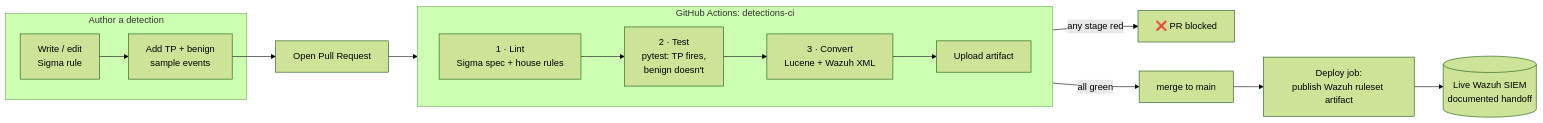
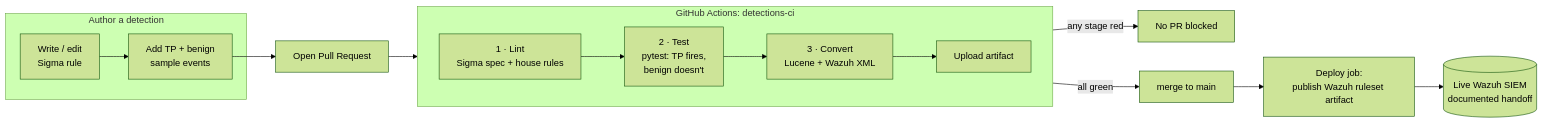
One commit to manlikefelo/detection-as-code changed the diagram in README.md. Above: the diagram before and after it, drawn with Mermaid (forest theme). The commit also changed other lines of this file and 4 other files, not shown here.

````diff
--- a/README.md
+++ b/README.md
@@ -15,20 +15,20 @@
 ```mermaid
 flowchart LR
     subgraph dev[Author a detection]
       A[Write / edit<br/>Sigma rule] --> B[Add TP + benign<br/>sample events]
     end
     B --> PR[Open Pull Request]
     PR --> CI
 
     subgraph CI[GitHub Actions: detections-ci]
       direction LR
       L[1 · Lint<br/>Sigma spec + house rules] --> T[2 · Test<br/>pytest: TP fires,<br/>benign doesn't]
       T --> C[3 · Convert<br/>Lucene + Wazuh XML]
       C --> AR[Upload artifact]
     end
 
-    CI -->|any stage red| X[❌ PR blocked]
+    CI -->|any stage red| X[No PR blocked]
     CI -->|all green| M[merge to main]
     M --> D[Deploy job:<br/>publish Wazuh ruleset artifact]
     D --> S[(Live Wazuh SIEM<br/>documented handoff)]
 ```
````
